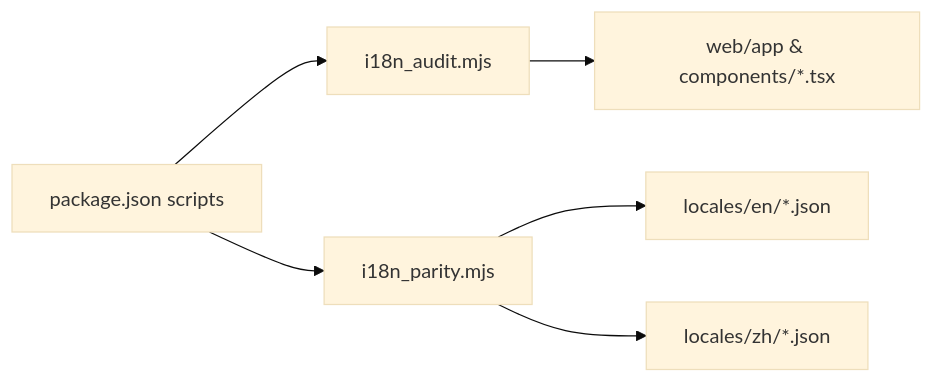
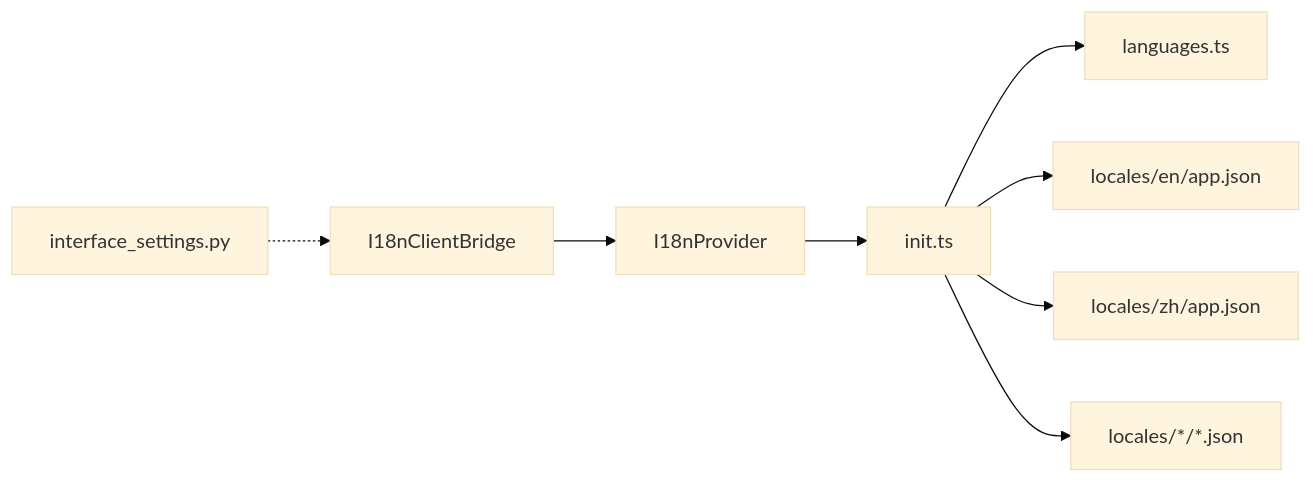
One commit to gongzili456/DeepTutor changed the fifth of 7 diagrams in .qoder/repowiki/zh/content/前端架构/国际化支持.md. Above: the diagram before and after it, drawn with Mermaid (base theme). The commit also changed other lines of this file and 1242 other files, not shown here.

````diff
--- a/.qoder/repowiki/zh/content/前端架构/国际化支持.md
+++ b/.qoder/repowiki/zh/content/前端架构/国际化支持.md
@@ -194,8 +190,10 @@
 ```mermaid
 graph LR
-Pkg["package.json scripts"] --> Audit["i18n_audit.mjs"]
-Pkg --> Parity["i18n_parity.mjs"]
-Audit --> Code["web/app & components/*.tsx"]
-Parity --> En["locales/en/*.json"]
-Parity --> Zh["locales/zh/*.json"]
+Bridge["I18nClientBridge"] --> Provider["I18nProvider"]
+Provider --> Init["init.ts"]
+Init --> Lang["languages.ts"]
+Init --> EnJson["locales/en/app.json"]
+Init --> ZhJson["locales/zh/app.json"]
+Init --> OtherJson["locales/*/*.json"]
+Backend["interface_settings.py"] -.-> Bridge
 ```
````
